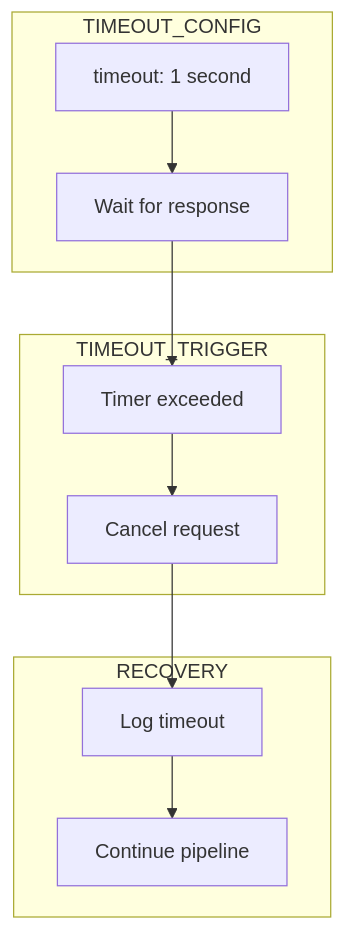
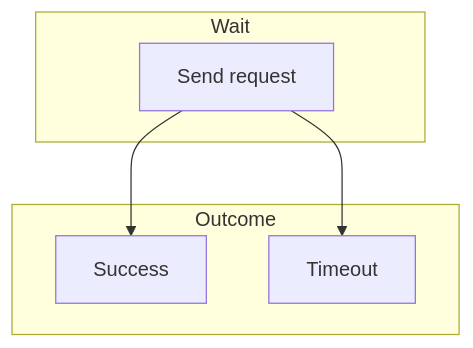
Before and after one commit to wisrovi/wpipe: the third of 5 diagrams in examples/api_pipeline/17_network_timeout/README.md, drawn with Mermaid. The commit also changed other lines of this file and 20 other files, not shown here.

First line of the commit message:
Simplify Mermaid diagrams for better rendering

````diff
--- a/examples/api_pipeline/17_network_timeout/README.md
+++ b/examples/api_pipeline/17_network_timeout/README.md
@@ -37,19 +33,14 @@
 ```mermaid
 graph TB
-    subgraph TIMEOUT_CONFIG
-        T1[timeout: 1 second]
-        T2[Wait for response]
+    subgraph Wait
+        A[Send request]
     end
     
-    subgraph TIMEOUT_TRIGGER
-        TT1[Timer exceeded]
-        TT2[Cancel request]
+    subgraph Outcome
+        B[Success]
+        C[Timeout]
     end
     
-    subgraph RECOVERY
-        R1[Log timeout]
-        R2[Continue pipeline]
-    end
-    
-    T1 --> T2 --> TT1 --> TT2 --> R1 --> R2
+    A --> B
+    A --> C
 ```
````
